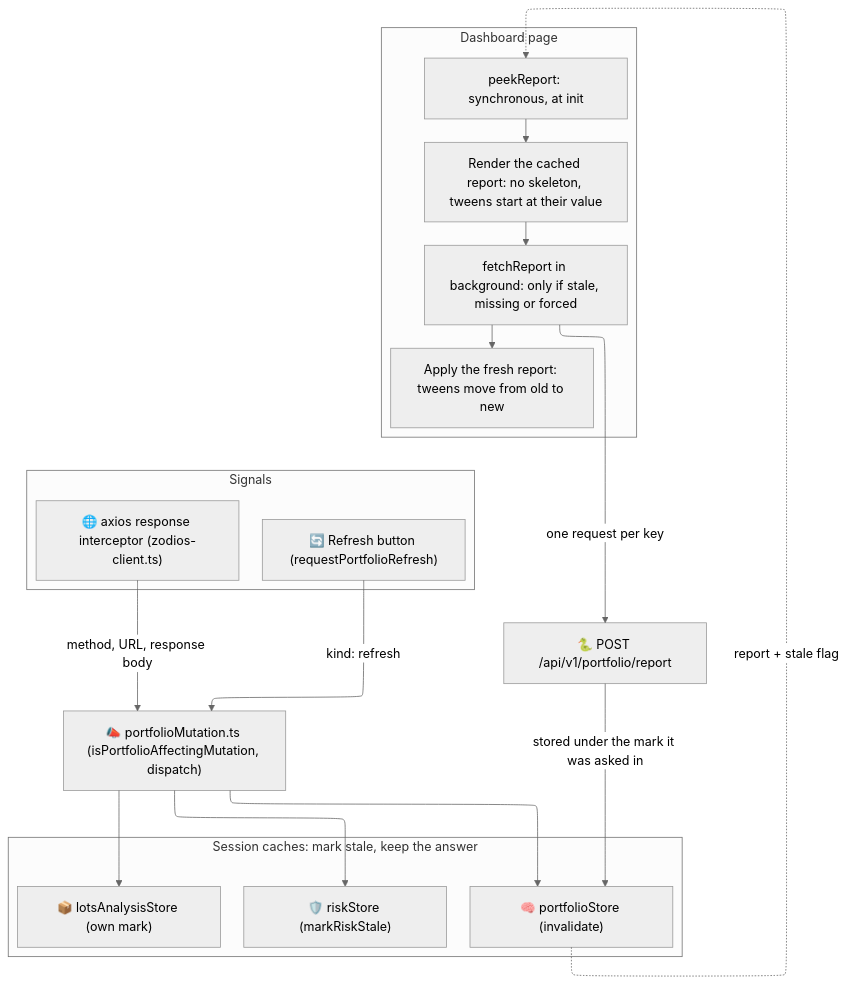
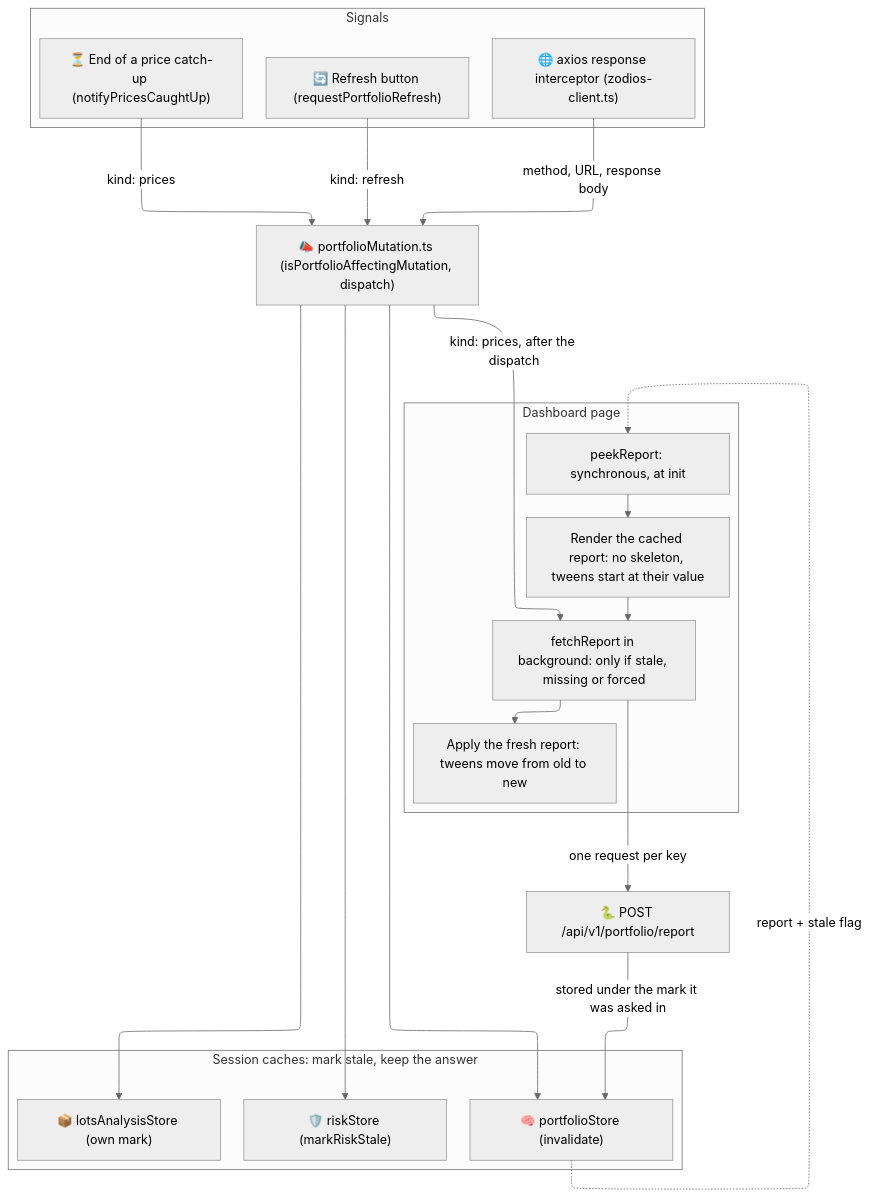
The diagram in mkdocs_src/docs/developer/frontend/state/domain-state.md (Librefolio/LibreFolio), drawn with Mermaid (neutral theme) before and after one commit. The commit also changed other lines of this file and 13 other files, not shown here.

First line of the commit message:
feat(portfolio): reload open pages after catch-up

````diff
--- a/mkdocs_src/docs/developer/frontend/state/domain-state.md
+++ b/mkdocs_src/docs/developer/frontend/state/domain-state.md
@@ -24,40 +24,43 @@
 ```mermaid
 ---
 config:
   layout: elk
 ---
 graph TD
     subgraph Signals ["Signals"]
         Axios["🌐 axios response interceptor (zodios-client.ts)"]
         Refresh["🔄 Refresh button (requestPortfolioRefresh)"]
+        Prices["⏳ End of a price catch-up (notifyPricesCaughtUp)"]
     end
 
     Bus["📣 portfolioMutation.ts (isPortfolioAffectingMutation, dispatch)"]
 
     subgraph Caches ["Session caches: mark stale, keep the answer"]
         Report["🧠 portfolioStore (invalidate)"]
         Risk["🛡️ riskStore (markRiskStale)"]
         Lots["📦 lotsAnalysisStore (own mark)"]
     end
 
     subgraph Page ["Dashboard page"]
         Peek["peekReport: synchronous, at init"]
         Render["Render the cached report: no skeleton, tweens start at their value"]
         Fetch["fetchReport in background: only if stale, missing or forced"]
         Update["Apply the fresh report: tweens move from old to new"]
     end
 
     API["🐍 POST /api/v1/portfolio/report"]
 
     Axios -->|"method, URL, response body"| Bus
     Refresh -->|"kind: refresh"| Bus
+    Prices -->|"kind: prices"| Bus
     Bus --> Report
     Bus --> Risk
     Bus --> Lots
+    Bus -->|"kind: prices, after the dispatch"| Fetch
     Report -.->|"report + stale flag"| Peek
     Peek --> Render
     Render --> Fetch
     Fetch -->|"one request per key"| API
     API -->|"stored under the mark it was asked in"| Report
     Fetch --> Update
 ```
````
